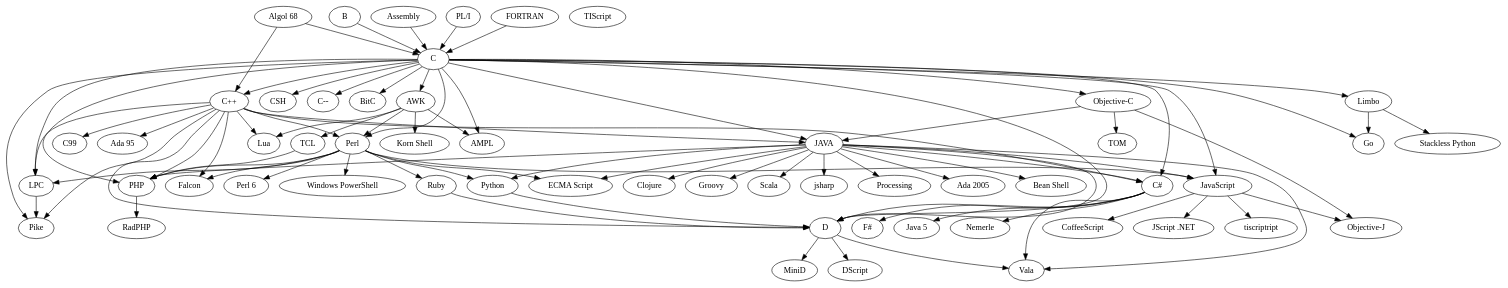
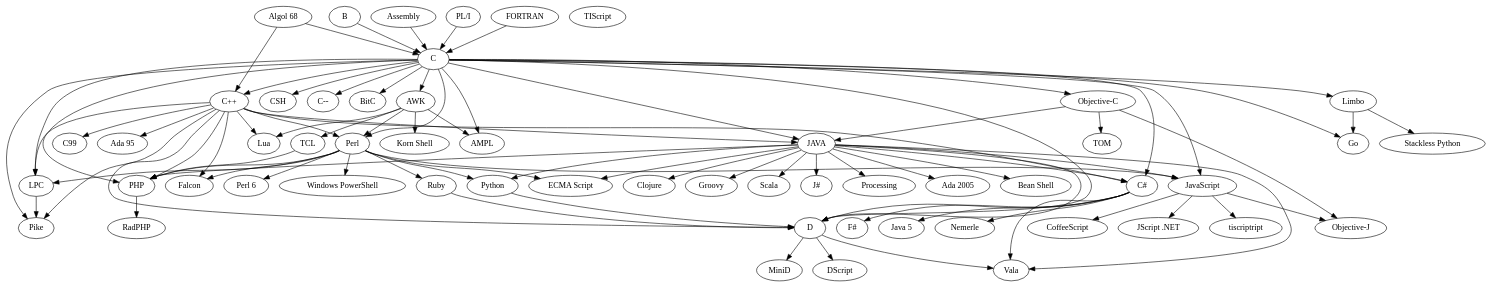
The diagram in languages_from_c.dot (davromaniak/Programming-Languages-From-C), drawn with Graphviz before and after one commit. The commit also changed 3 other files, not shown here.

Commit message:
- Added a label for the J# (Jsharp) programming language - Added a Makefile - Modified the README - Regenerated the PNG file.

```diff
--- a/languages_from_c.dot
+++ b/languages_from_c.dot
@@ -1,142 +1,143 @@
 strict digraph "<stdin>" {
 rankdir=TB
 b [label="B"]
 c [label="C"]
 algol68 [label="Algol 68"]
 assembly [label="Assembly"]
 pli [label="PL/I"]
 fortran [label="FORTRAN"]
 ampl [label="AMPL"]
 awk [label="AWK"]
 csh [label="CSH"]
 cplusplus [label="C++"]
 cminusminus [label="C--"]
 csharp [label="C#"]
 objectivec [label="Objective-C"]
 bitc [label="BitC"]
 d [label="D"]
 go [label="Go"]
 java [label="JAVA"]
 javascript [label="JavaScript"]
 limbo [label="Limbo"]
 lpc [label="LPC"]
 perl [label="Perl"]
 php [label="PHP"]
 pike [label="Pike"]
 processing [label="Processing"]
 tcl [label="TCL"]
 ksh [label="Korn Shell"]
 lua [label="Lua"]
 c99 [label="C99"]
 falcon [label="Falcon"]
 ada95 [label="Ada 95"]
 fsharp [label="F#"]
 java5 [label="Java 5"]
 nemerle [label="Nemerle"]
 vala [label="Vala"]
 tom [label="TOM"]
 objectivej [label="Objective-J"]
 minid [label="MiniD"]
 dscript [label="DScript"]
 python [label="Python"]
 ruby [label="Ruby"]
 ada2005 [label="Ada 2005"]
 beanshell [label="Bean Shell"]
 clojure [label="Clojure"]
 ecmascript [label="ECMA Script"]
 groovy [label="Groovy"]
 scala [label="Scala"]
 coffeescript [label="CoffeeScript"]
 jscriptnet [label="JScript .NET"]
 tiscript [label="TIScript"]
 stacklesspython [label="Stackless Python"]
 windowspowershell [label="Windows PowerShell"]
 perl6 [label="Perl 6"]
 radphp [label="RadPHP"]
+jsharp [label="J#"]
 
 b->c
 algol68->c
 algol68->cplusplus
 assembly->c
 pli->c
 fortran->c
 c->ampl
 c->awk
 c->csh
 c->cplusplus
 c->cminusminus
 c->csharp
 c->objectivec
 c->bitc
 c->d
 c->go
 c->java
 c->javascript
 c->limbo
 c->lpc
 c->perl
 c->php
 c->pike
 awk->ampl
 awk->tcl
 awk->ksh
 awk->lua
 awk->perl
 cplusplus->perl
 cplusplus->lpc
 cplusplus->lua
 cplusplus->pike
 cplusplus->ada95
 cplusplus->java
 cplusplus->php
 cplusplus->d
 cplusplus->c99
 cplusplus->csharp
 cplusplus->falcon
 csharp->d
 csharp->fsharp
 csharp->java5
 csharp->nemerle
 csharp->vala
 java->csharp
 java->d
 java->ada2005
 java->beanshell
 java->csharp
 java->clojure
 java->ecmascript
 java->groovy
 java->jsharp
 java->javascript
 java->php
 java->processing
 java->python
 java->scala
 java->vala
 javascript->coffeescript
 javascript->jscriptnet
 javascript->objectivej
 javascript->tiscriptript
 python->d
 ruby->d
 objectivec->tom
 objectivec->java
 objectivec->objectivej
 d->minid
 d->dscript
 d->vala
 limbo->go
 limbo->stacklesspython
 lpc->pike
 perl->python
 perl->php
 perl->ruby
 perl->ecmascript
 perl->lpc
 perl->windowspowershell
 perl->javascript
 perl->falcon
 perl->perl6
 php->radphp
 tcl->php
 }
```
